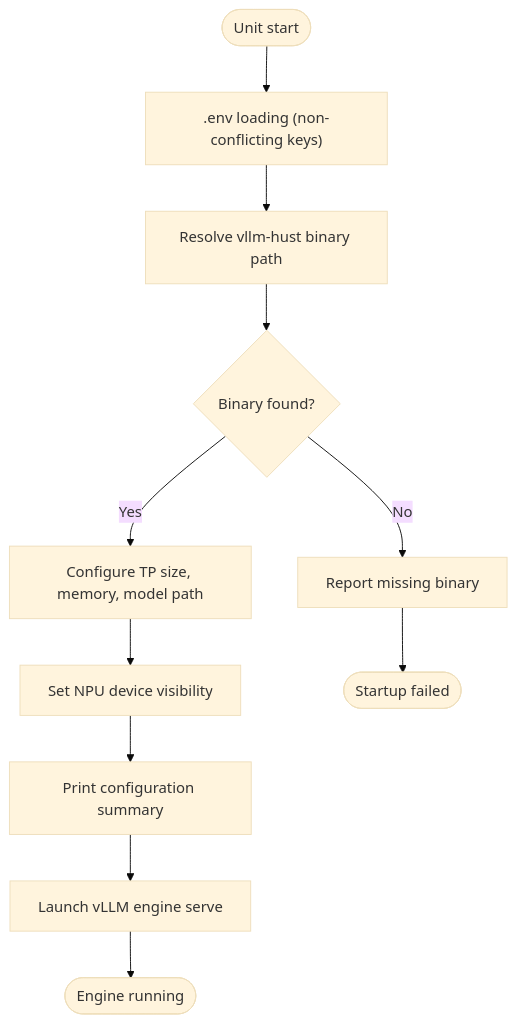
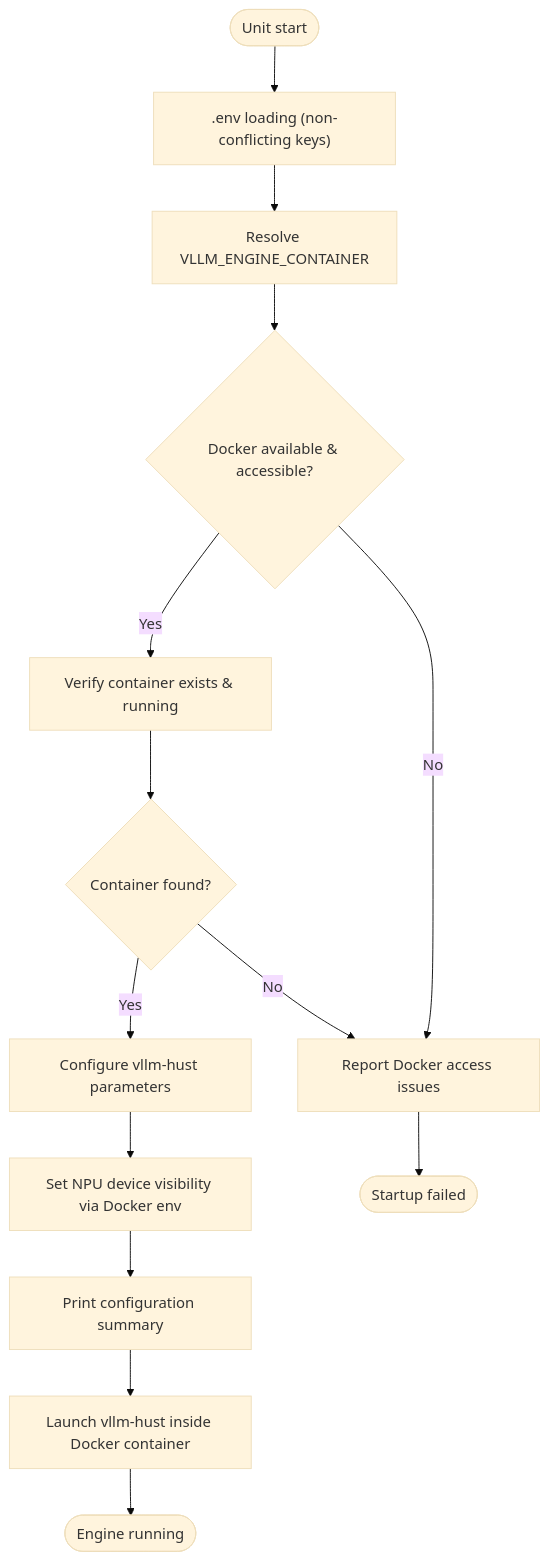
Before and after one commit to intellistream/sage-mate: the seventh of 9 diagrams in .qoder/repowiki/en/content/Deployment and Operations/Systemd Services.md, drawn with Mermaid (base theme). The commit also changed other lines of this file and 136 other files, not shown here.

First line of the commit message:
chore: source updates, bidirectional link graph, data and repowiki refresh

````diff
--- a/.qoder/repowiki/en/content/Deployment and Operations/Systemd Services.md
+++ b/.qoder/repowiki/en/content/Deployment and Operations/Systemd Services.md
@@ -305,13 +314,16 @@
 ```mermaid
 flowchart TD
 Start(["Unit start"]) --> LoadEnv[".env loading (non-conflicting keys)"]
-LoadEnv --> ResolveBin["Resolve vllm-hust binary path"]
-ResolveBin --> CheckBin{"Binary found?"}
-CheckBin --> |Yes| Configure["Configure TP size, memory, model path"]
-CheckBin --> |No| Error["Report missing binary"]
-Configure --> SetDevices["Set NPU device visibility"]
-SetDevices --> PrintConfig["Print configuration summary"]
-PrintConfig --> Launch["Launch vLLM engine serve"]
+LoadEnv --> ResolveContainer["Resolve VLLM_ENGINE_CONTAINER"]
+ResolveContainer --> CheckDocker{"Docker available & accessible?"}
+CheckDocker --> |Yes| VerifyContainer["Verify container exists & running"]
+CheckDocker --> |No| Error["Report Docker access issues"]
+VerifyContainer --> CheckContainer{"Container found?"}
+CheckContainer --> |Yes| Configure["Configure vllm-hust parameters"]
+CheckContainer --> |No| Error
+Configure --> SetEnv["Set NPU device visibility via Docker env"]
+SetEnv --> PrintConfig["Print configuration summary"]
+PrintConfig --> Launch["Launch vllm-hust inside Docker container"]
 Launch --> Running(["Engine running"])
 Error --> Fail(["Startup failed"])
 ```
````
